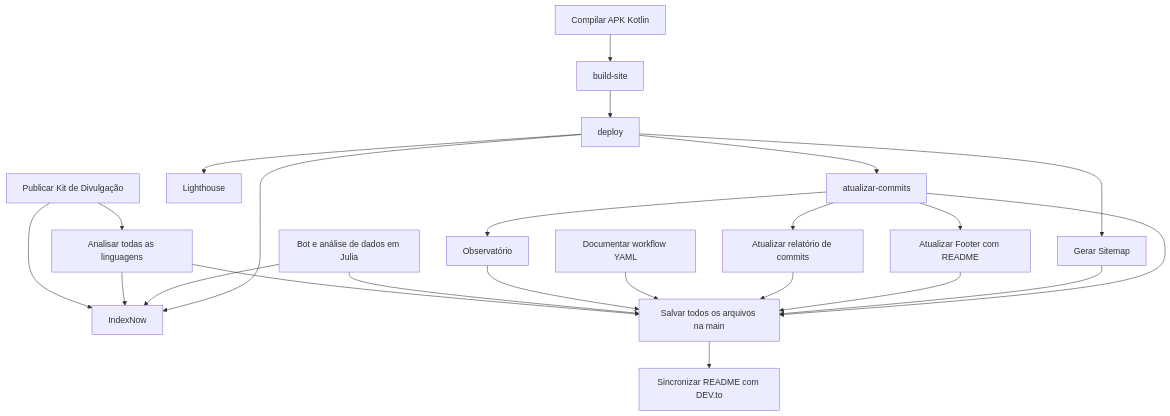
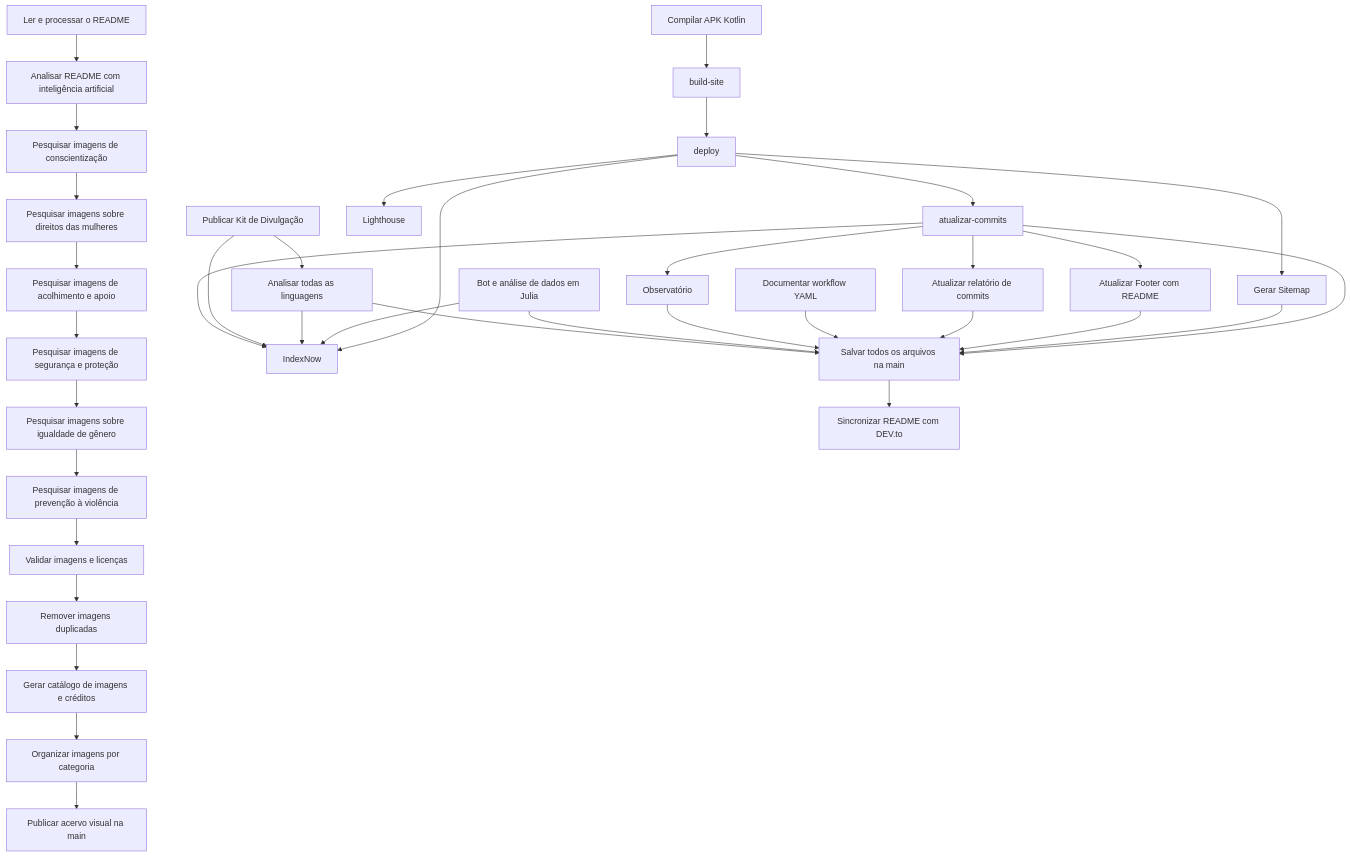
The diagram in pesquisas/workflow.md (mulher-amparada/mulher-amparada-app), drawn with Mermaid before and after one commit. The commit also changed other lines of this file and 6 other files, not shown here.

````diff
--- a/pesquisas/workflow.md
+++ b/pesquisas/workflow.md
@@ -33,41 +46,67 @@
 ```mermaid
 flowchart TD
     job_build["Compilar APK Kotlin"]
     job_linguagens["Analisar todas as linguagens"]
     job_bot["Bot e análise de dados em Julia"]
     job_build_site["build-site"]
     job_deploy["deploy"]
+    job_ler_readme["Ler e processar o README"]
+    job_analisar_com_ia["Analisar README com inteligência artificial"]
+    job_pesquisar_conscientizacao["Pesquisar imagens de conscientização"]
+    job_pesquisar_direitos["Pesquisar imagens sobre direitos das mulheres"]
+    job_pesquisar_acolhimento["Pesquisar imagens de acolhimento e apoio"]
+    job_pesquisar_seguranca["Pesquisar imagens de segurança e proteção"]
+    job_pesquisar_igualdade["Pesquisar imagens sobre igualdade de gênero"]
+    job_pesquisar_prevencao["Pesquisar imagens de prevenção à violência"]
+    job_validar_imagens["Validar imagens e licenças"]
+    job_remover_duplicatas["Remover imagens duplicadas"]
+    job_gerar_catalogo["Gerar catálogo de imagens e créditos"]
+    job_organizar_pastas["Organizar imagens por categoria"]
+    job_publicar_na_main["Publicar acervo visual na main"]
     job_atualizar_commits["atualizar-commits"]
     job_sincronizar_devto["Sincronizar README com DEV.to"]
     job_sitemap["Gerar Sitemap"]
     job_indexnow["IndexNow"]
     job_lighthouse["Lighthouse"]
     job_publicar_divulgacao["Publicar Kit de Divulgação"]
     job_observatorio["Observatório"]
     job_atualizar_footer["Atualizar Footer com README"]
     job_atualizar_relatorio_commits["Atualizar relatório de commits"]
     job_pesquisar_projeto["Documentar workflow YAML"]
     job_salvar_na_main["Salvar todos os arquivos na main"]
     job_publicar_divulgacao --> job_linguagens
     job_build --> job_build_site
     job_build_site --> job_deploy
+    job_ler_readme --> job_analisar_com_ia
+    job_analisar_com_ia --> job_pesquisar_conscientizacao
+    job_pesquisar_conscientizacao --> job_pesquisar_direitos
+    job_pesquisar_direitos --> job_pesquisar_acolhimento
+    job_pesquisar_acolhimento --> job_pesquisar_seguranca
+    job_pesquisar_seguranca --> job_pesquisar_igualdade
+    job_pesquisar_igualdade --> job_pesquisar_prevencao
+    job_pesquisar_prevencao --> job_validar_imagens
+    job_validar_imagens --> job_remover_duplicatas
+    job_remover_duplicatas --> job_gerar_catalogo
+    job_gerar_catalogo --> job_organizar_pastas
+    job_organizar_pastas --> job_publicar_na_main
     job_deploy --> job_atualizar_commits
     job_salvar_na_main --> job_sincronizar_devto
     job_deploy --> job_sitemap
     job_deploy --> job_indexnow
     job_bot --> job_indexnow
     job_linguagens --> job_indexnow
     job_publicar_divulgacao --> job_indexnow
+    job_atualizar_commits --> job_indexnow
     job_deploy --> job_lighthouse
     job_atualizar_commits --> job_observatorio
     job_atualizar_commits --> job_atualizar_footer
     job_atualizar_commits --> job_atualizar_relatorio_commits
     job_atualizar_commits --> job_salvar_na_main
     job_sitemap --> job_salvar_na_main
     job_atualizar_footer --> job_salvar_na_main
     job_atualizar_relatorio_commits --> job_salvar_na_main
     job_pesquisar_projeto --> job_salvar_na_main
     job_observatorio --> job_salvar_na_main
     job_bot --> job_salvar_na_main
     job_linguagens --> job_salvar_na_main
 ```
````
